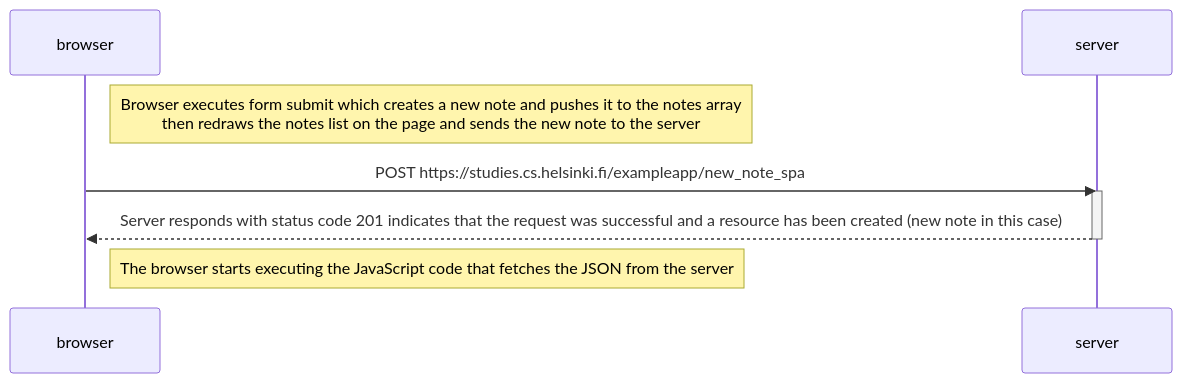
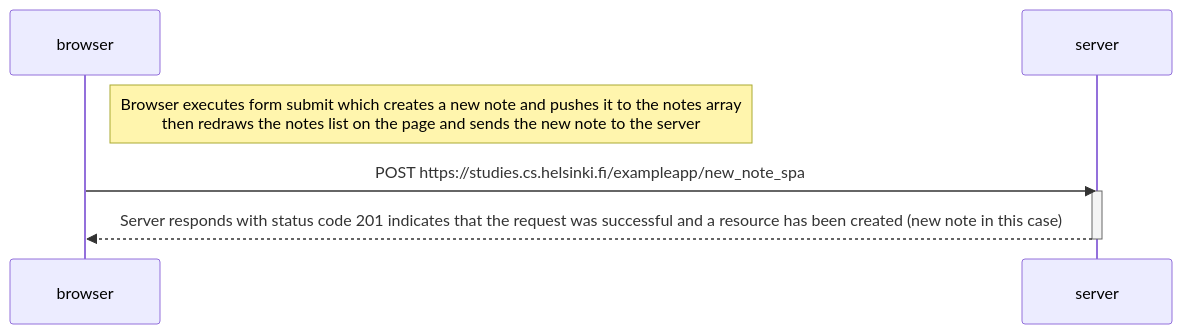
One commit to KaomN/full_stack_open changed the diagram in part0/06/new_note_signle_page_add_diagram.md. Above: the diagram before and after it, drawn with Mermaid.

````diff
--- a/part0/06/new_note_signle_page_add_diagram.md
+++ b/part0/06/new_note_signle_page_add_diagram.md
@@ -1,15 +1,13 @@
 ```mermaid
 sequenceDiagram
 	participant browser
 	participant server
 
 	Note right of browser: Browser executes form submit which creates a new note and pushes it to the notes array <br/> then redraws the notes list on the page and sends the new note to the server
 
 	browser->>server: POST https://studies.cs.helsinki.fi/exampleapp/new_note_spa
 	activate server
 	server-->>browser: Server responds with status code 201 indicates that the request was successful and a resource has been created (new note in this case)
 	deactivate server
 	
-	Note right of browser: The browser starts executing the JavaScript code that fetches the JSON from the server
-
 ```
````
